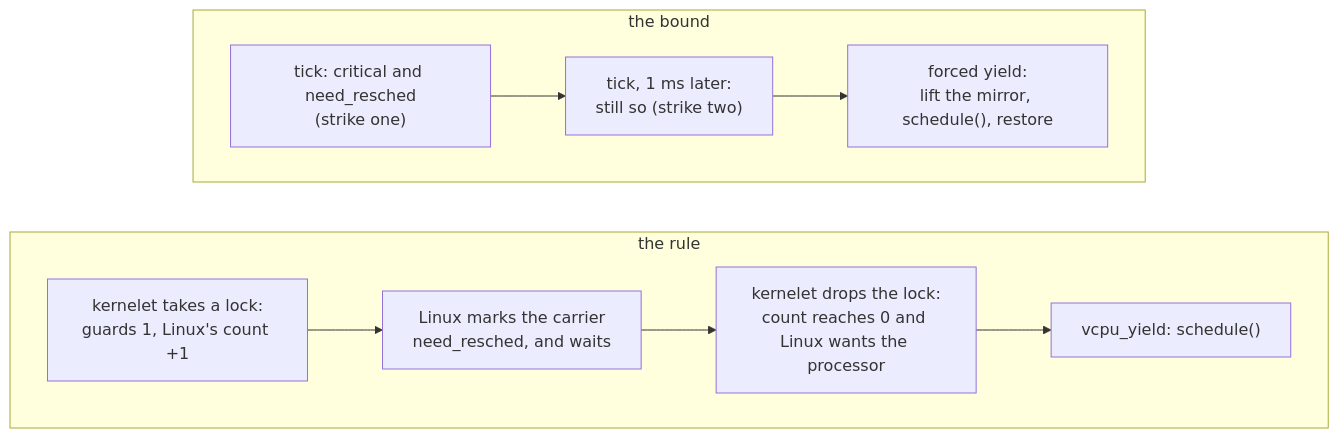
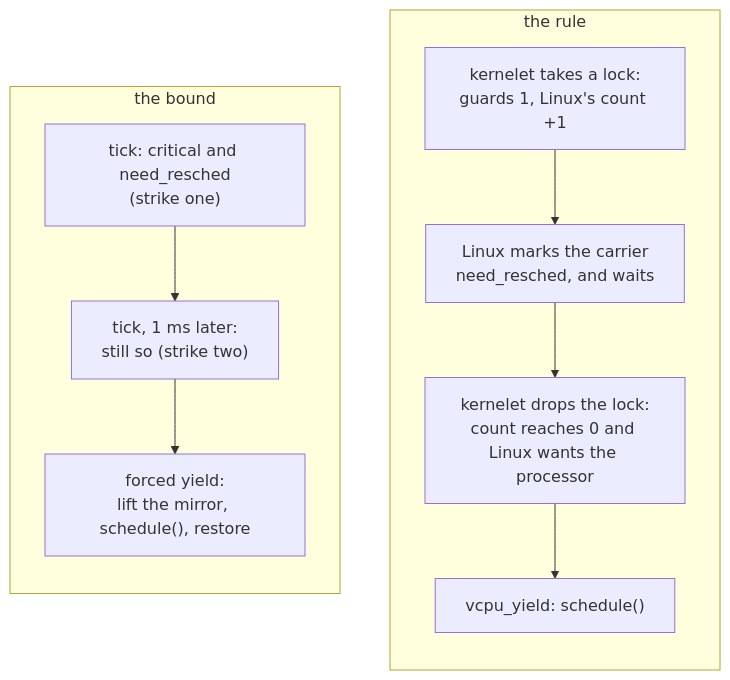
The diagram in src/sharing-a-processor-politely.md (Plucky923/kernelet), drawn with Mermaid before and after one commit. The commit also changed other lines of this file and 33 other files, not shown here.

````diff
--- a/src/sharing-a-processor-politely.md
+++ b/src/sharing-a-processor-politely.md
@@ -179,14 +182,14 @@
 ```mermaid
-flowchart LR
+flowchart TB
     subgraph rule["the rule"]
-        direction LR
+        direction TB
         a["kernelet takes a lock:<br/>guards 1, Linux's count +1"] --> b["Linux marks the carrier<br/>need_resched, and waits"]
         b --> c["kernelet drops the lock:<br/>count reaches 0 and Linux wants the processor"]
         c --> d["vcpu_yield: schedule()"]
     end
     subgraph bound["the bound"]
-        direction LR
+        direction TB
         e["tick: critical and need_resched<br/>(strike one)"] --> f["tick, 1 ms later:<br/>still so (strike two)"]
         f --> g["forced yield:<br/>lift the mirror, schedule(), restore"]
     end
 ```
````
